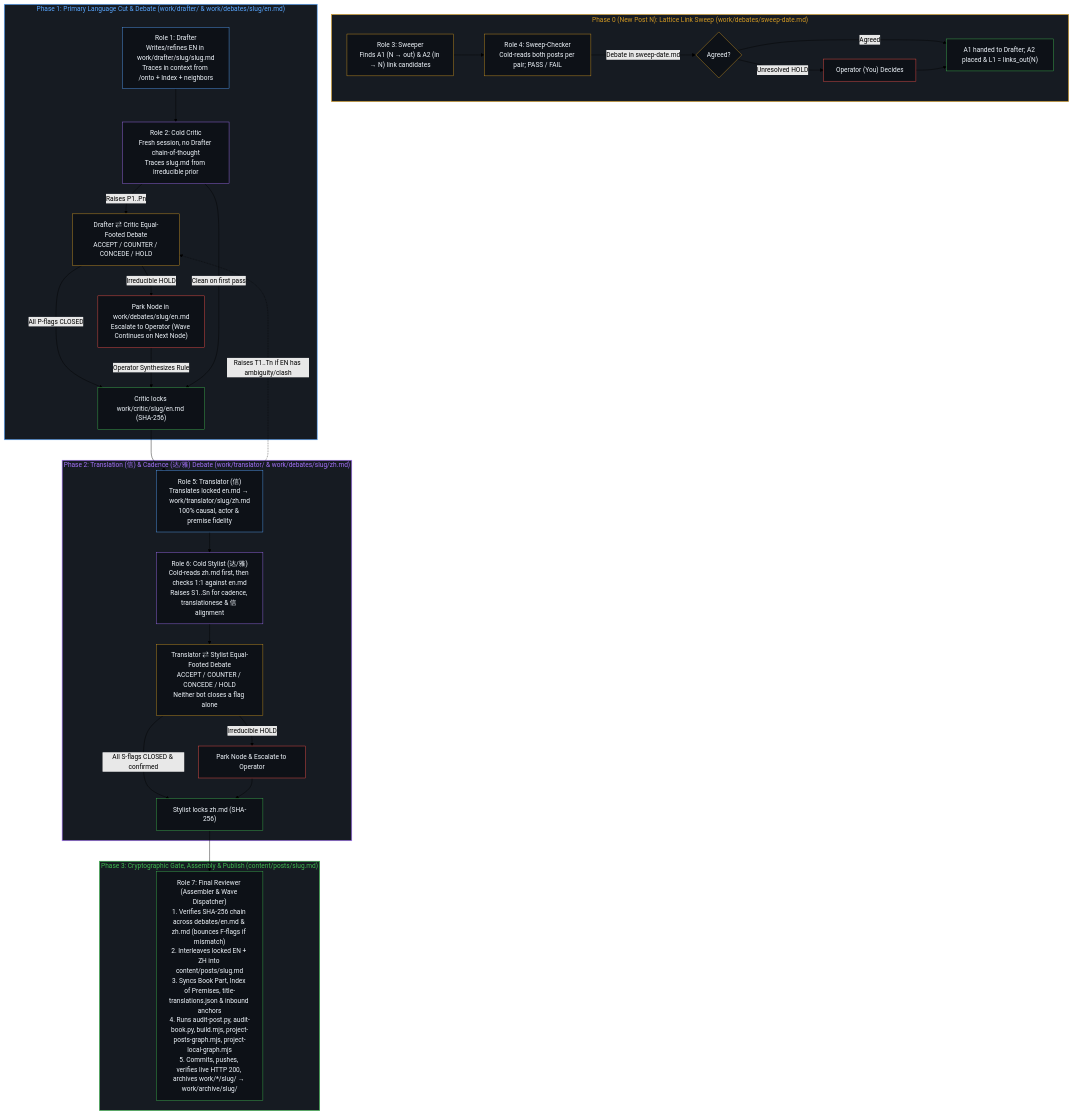
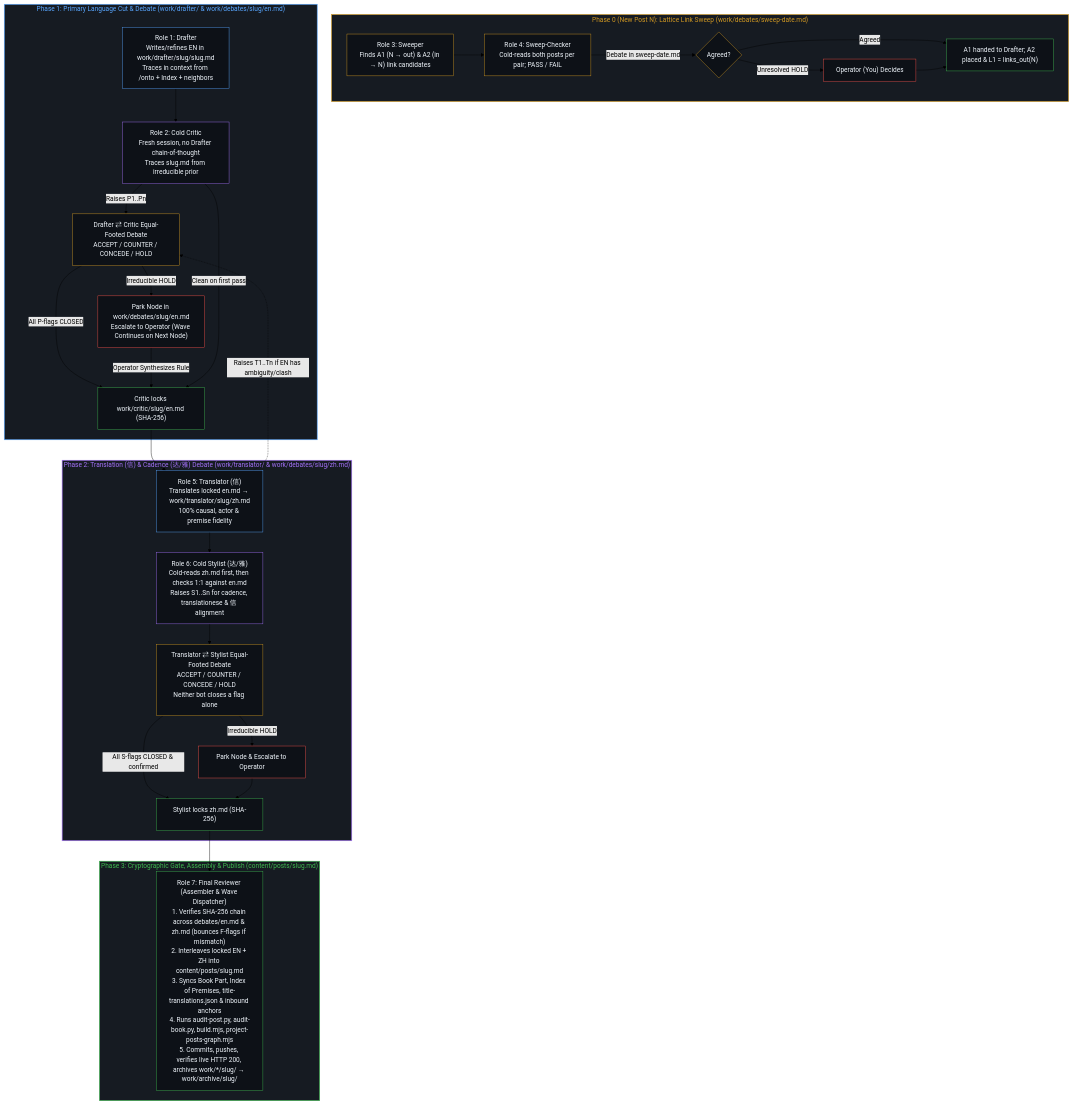
The diagram in docs/wave-refinement-plan.md (powerpig99/not-a-toe), drawn with Mermaid (forest theme) before and after one commit. The commit also changed other lines of this file and 9 other files, not shown here.

Commit message:
Retire separate tracker/conceptual memory map in favor of Live Book lattice

````diff
--- a/docs/wave-refinement-plan.md
+++ b/docs/wave-refinement-plan.md
@@ -63,54 +63,54 @@
 ```mermaid
 flowchart TD
     subgraph S_Sweep["Phase 0 (New Post N): Lattice Link Sweep (work/debates/sweep-date.md)"]
         SW1["Role 3: Sweeper<br/>Finds A1 (N → out) & A2 (in → N) link candidates"] --> SW2["Role 4: Sweep-Checker<br/>Cold-reads both posts per pair; PASS / FAIL"]
         SW2 -->|"Debate in sweep-date.md"| SW_Gate{"Agreed?"}
         SW_Gate -->|"Agreed"| SW_Done["A1 handed to Drafter; A2 placed & L1 = links_out(N)"]
         SW_Gate -->|"Unresolved HOLD"| Op_SW["Operator (You) Decides"]
         Op_SW --> SW_Done
     end
 
     subgraph S_EN["Phase 1: Primary Language Cut & Debate (work/drafter/ & work/debates/slug/en.md)"]
         B1["Role 1: Drafter<br/>Writes/refines EN in work/drafter/slug/slug.md<br/>Traces in context from /onto + Index + neighbors"] --> B2["Role 2: Cold Critic<br/>Fresh session, no Drafter chain-of-thought<br/>Traces slug.md from irreducible prior"]
         B2 -->|"Raises P1..Pn"| DebateEN["Drafter ⇄ Critic Equal-Footed Debate<br/>ACCEPT / COUNTER / CONCEDE / HOLD"]
         DebateEN -->|"All P-flags CLOSED"| LockEN["Critic locks work/critic/slug/en.md (SHA-256)"]
         DebateEN -->|"Irreducible HOLD"| Op_EN["Park Node in work/debates/slug/en.md<br/>Escalate to Operator (Wave Continues on Next Node)"]
         Op_EN -->|"Operator Synthesizes Rule"| LockEN
         B2 -->|"Clean on first pass"| LockEN
     end
 
     subgraph S_ZH["Phase 2: Translation (信) & Cadence (达/雅) Debate (work/translator/ & work/debates/slug/zh.md)"]
         LockEN --> B3["Role 5: Translator (信)<br/>Translates locked en.md → work/translator/slug/zh.md<br/>100% causal, actor & premise fidelity"]
         B3 -.->|"Raises T1..Tn if EN has ambiguity/clash"| DebateEN
         B3 --> B4["Role 6: Cold Stylist (达/雅)<br/>Cold-reads zh.md first, then checks 1:1 against en.md<br/>Raises S1..Sn for cadence, translationese & 信 alignment"]
         B4 --> DebateZH["Translator ⇄ Stylist Equal-Footed Debate<br/>ACCEPT / COUNTER / CONCEDE / HOLD<br/>Neither bot closes a flag alone"]
         DebateZH -->|"All S-flags CLOSED & confirmed"| LockZH["Stylist locks zh.md (SHA-256)"]
         DebateZH -->|"Irreducible HOLD"| Op_ZH["Park Node & Escalate to Operator"]
         Op_ZH --> LockZH
     end
 
     subgraph S_Final["Phase 3: Cryptographic Gate, Assembly & Publish (content/posts/slug.md)"]
-        LockZH --> B5["Role 7: Final Reviewer (Assembler & Wave Dispatcher)<br/>1. Verifies SHA-256 chain across debates/en.md & zh.md (bounces F-flags if mismatch)<br/>2. Interleaves locked EN + ZH into content/posts/slug.md<br/>3. Syncs Book Part, Index of Premises, title-translations.json & inbound anchors<br/>4. Runs audit-post.py, audit-book.py, build.mjs, project-posts-graph.mjs, project-local-graph.mjs<br/>5. Commits, pushes, verifies live HTTP 200, archives work/*/slug/ → work/archive/slug/"]
+        LockZH --> B5["Role 7: Final Reviewer (Assembler & Wave Dispatcher)<br/>1. Verifies SHA-256 chain across debates/en.md & zh.md (bounces F-flags if mismatch)<br/>2. Interleaves locked EN + ZH into content/posts/slug.md<br/>3. Syncs Book Part, Index of Premises, title-translations.json & inbound anchors<br/>4. Runs audit-post.py, audit-book.py, build.mjs, project-posts-graph.mjs<br/>5. Commits, pushes, verifies live HTTP 200, archives work/*/slug/ → work/archive/slug/"]
     end
 
     style S_Sweep fill:#161b22,stroke:#d29922,stroke-width:1.5px,color:#d29922
     style S_EN fill:#161b22,stroke:#58a6ff,stroke-width:1.5px,color:#58a6ff
     style S_ZH fill:#161b22,stroke:#a371f7,stroke-width:1.5px,color:#a371f7
     style S_Final fill:#161b22,stroke:#3fb950,stroke-width:1.5px,color:#3fb950
     style SW1 fill:#0d1117,stroke:#d29922,stroke-width:1px,color:#f0f6fc
     style SW2 fill:#0d1117,stroke:#d29922,stroke-width:1px,color:#f0f6fc
     style SW_Gate fill:#0d1117,stroke:#d29922,stroke-width:1px,color:#f0f6fc
     style SW_Done fill:#0d1117,stroke:#3fb950,stroke-width:1px,color:#f0f6fc
     style Op_SW fill:#0d1117,stroke:#f85149,stroke-width:1px,color:#f0f6fc
     style B1 fill:#0d1117,stroke:#58a6ff,stroke-width:1px,color:#f0f6fc
     style B2 fill:#0d1117,stroke:#a371f7,stroke-width:1px,color:#f0f6fc
     style DebateEN fill:#0d1117,stroke:#d29922,stroke-width:1px,color:#f0f6fc
     style LockEN fill:#0d1117,stroke:#3fb950,stroke-width:1px,color:#f0f6fc
     style Op_EN fill:#0d1117,stroke:#f85149,stroke-width:1px,color:#f0f6fc
     style B3 fill:#0d1117,stroke:#58a6ff,stroke-width:1px,color:#f0f6fc
     style B4 fill:#0d1117,stroke:#a371f7,stroke-width:1px,color:#f0f6fc
     style DebateZH fill:#0d1117,stroke:#d29922,stroke-width:1px,color:#f0f6fc
     style LockZH fill:#0d1117,stroke:#3fb950,stroke-width:1px,color:#f0f6fc
     style Op_ZH fill:#0d1117,stroke:#f85149,stroke-width:1px,color:#f0f6fc
     style B5 fill:#0d1117,stroke:#3fb950,stroke-width:1px,color:#f0f6fc
 ```
````
